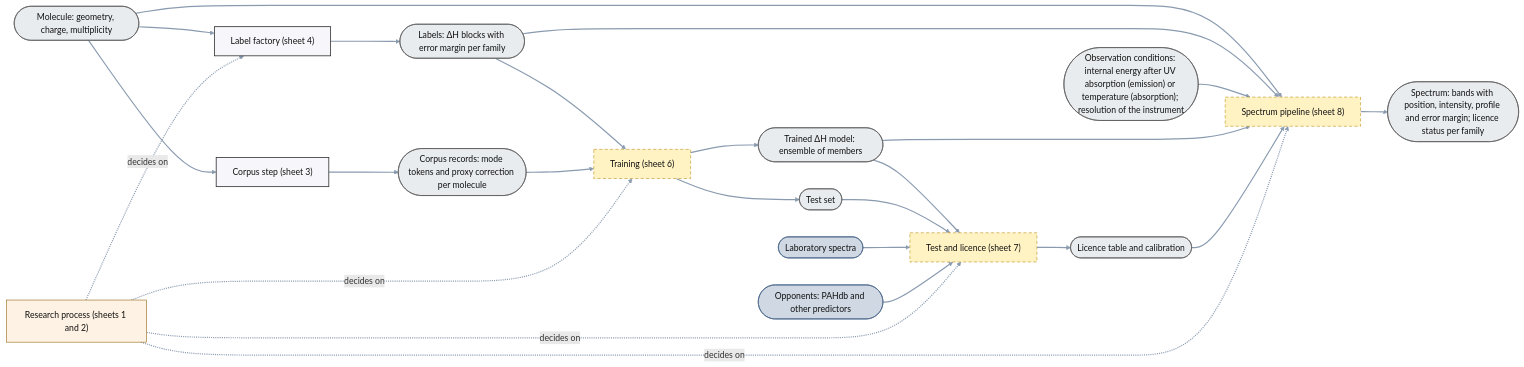
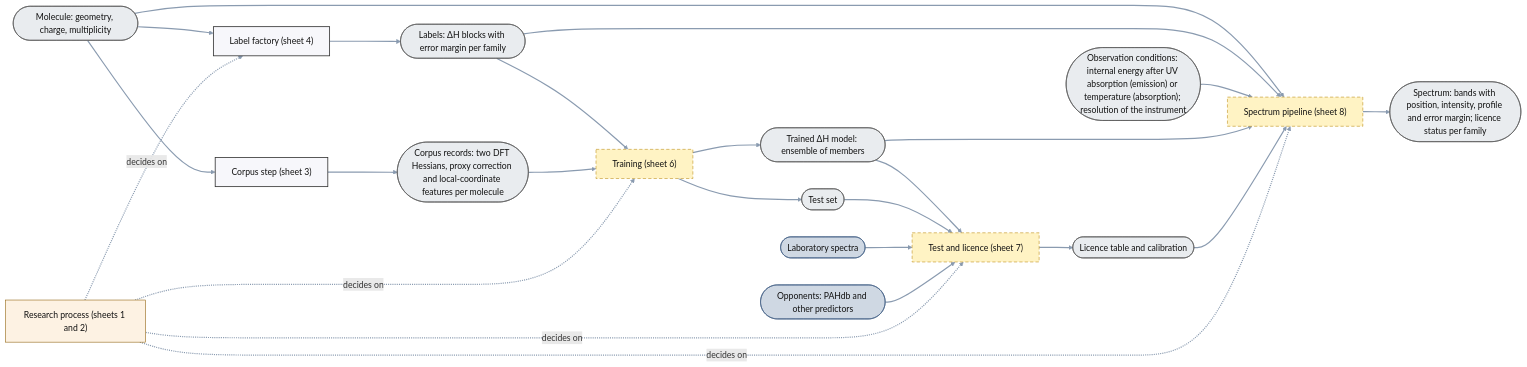
One commit to thebreadishard/udacity-capstone-plan changed the diagram in plans/05_delta-probed-ir-pipeline/GoalGathering/architecture/00_overview.mmd. Above: the diagram before and after it, drawn with Mermaid. The commit also changed 5 other files, not shown here.

Commit message:
Architecture sheets 00/30/50/80 and ARCHITECTURE.md: couplings in local coordinates and rung C replace the mode-token main path (decision 49, 23 Sep; rung C built 25 Sep); fences synced; all six render; ledger

```diff
--- a/plans/05_delta-probed-ir-pipeline/GoalGathering/architecture/00_overview.mmd
+++ b/plans/05_delta-probed-ir-pipeline/GoalGathering/architecture/00_overview.mmd
@@ -1,48 +1,48 @@
 %% Overview of plan 05 (level 1): the kinds of process and the data objects that connect them. Target architecture; no decisions, no data.
 %% Rectangle = process (here: a whole sheet); rounded ends = data object; arrow = data flow. Dashed = not built yet.
 flowchart LR
   linkStyle default stroke:#8a9bb0,stroke-width:2.2px
   classDef planned stroke-dasharray: 6 4,stroke:#b8860b,fill:#fff3c4,color:#111
   classDef ext fill:#cfd8e3,stroke:#3d5a80,color:#111
   classDef data fill:#e9ecef,stroke:#555,color:#111
   classDef proc fill:#f7f7fb,stroke:#333,stroke-width:1.5px,color:#111
   classDef research fill:#fdf2e3,stroke:#8a5a00,color:#111
 
   MOL(["Molecule: geometry, charge, multiplicity"]):::data
   COND(["Observation conditions: internal energy after UV absorption (emission) or temperature (absorption); resolution of the instrument"]):::data
   LABDB(["Laboratory spectra"]):::ext
   PAHDB(["Opponents: PAHdb and other predictors"]):::ext
 
   LABF["Label factory (sheet 4)"]:::proc
   LABELS(["Labels: ΔH blocks with error margin per family"]):::data
   CORPF["Corpus step (sheet 3)"]:::proc
-  CORPUS(["Corpus records: mode tokens and proxy correction per molecule"]):::data
+  CORPUS(["Corpus records: two DFT Hessians, proxy correction and local-coordinate features per molecule"]):::data
   TRAIN["Training (sheet 6)"]:::planned
   TRAINED(["Trained ΔH model: ensemble of members"]):::data
   TESTSET(["Test set"]):::data
   EVAL["Test and licence (sheet 7)"]:::planned
   LICCAL(["Licence table and calibration"]):::data
   PIPE["Spectrum pipeline (sheet 8)"]:::planned
   SPEC(["Spectrum: bands with position, intensity, profile and error margin; licence status per family"]):::data
   RES["Research process (sheets 1 and 2)"]:::research
 
   MOL --> LABF --> LABELS
   MOL --> CORPF --> CORPUS
   LABELS --> TRAIN
   CORPUS --> TRAIN
   TRAIN --> TRAINED
   TRAINED --> EVAL
   TRAIN --> TESTSET --> EVAL
   LABDB --> EVAL
   PAHDB --> EVAL
   EVAL --> LICCAL
   MOL --> PIPE
   LABELS --> PIPE
   COND --> PIPE
   TRAINED --> PIPE
   LICCAL --> PIPE
   PIPE --> SPEC
   RES -. decides on .-> LABF
   RES -. decides on .-> TRAIN
   RES -. decides on .-> EVAL
   RES -. decides on .-> PIPE
```
